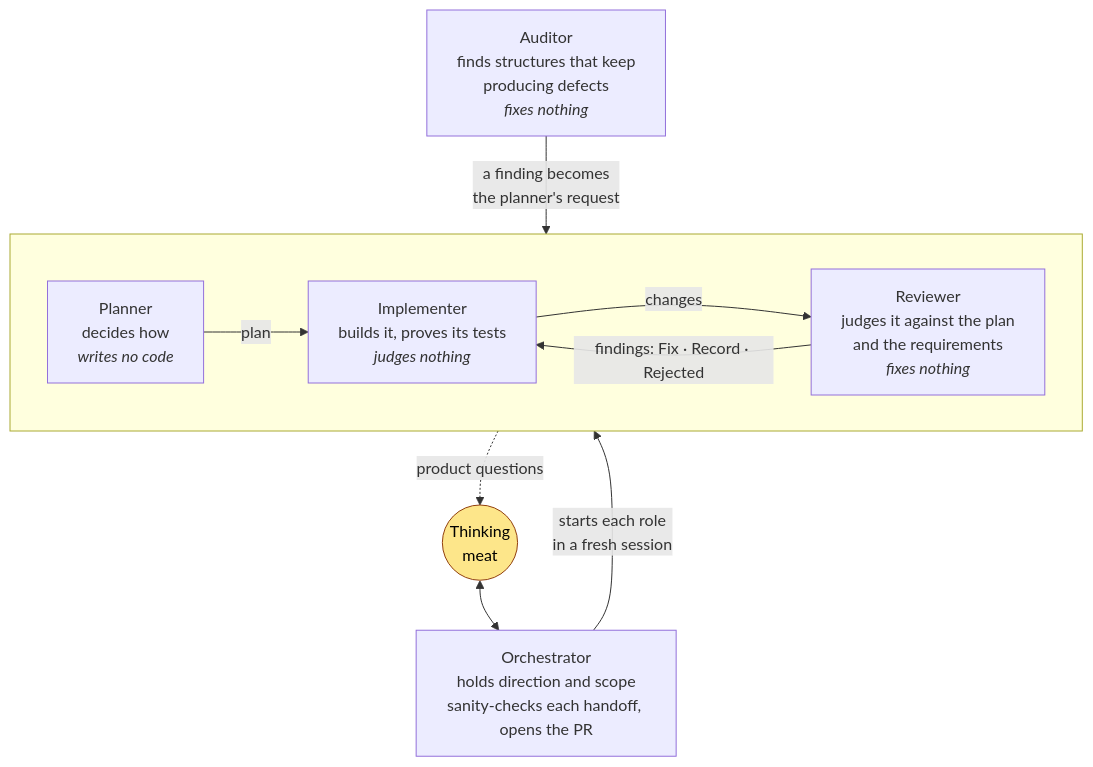
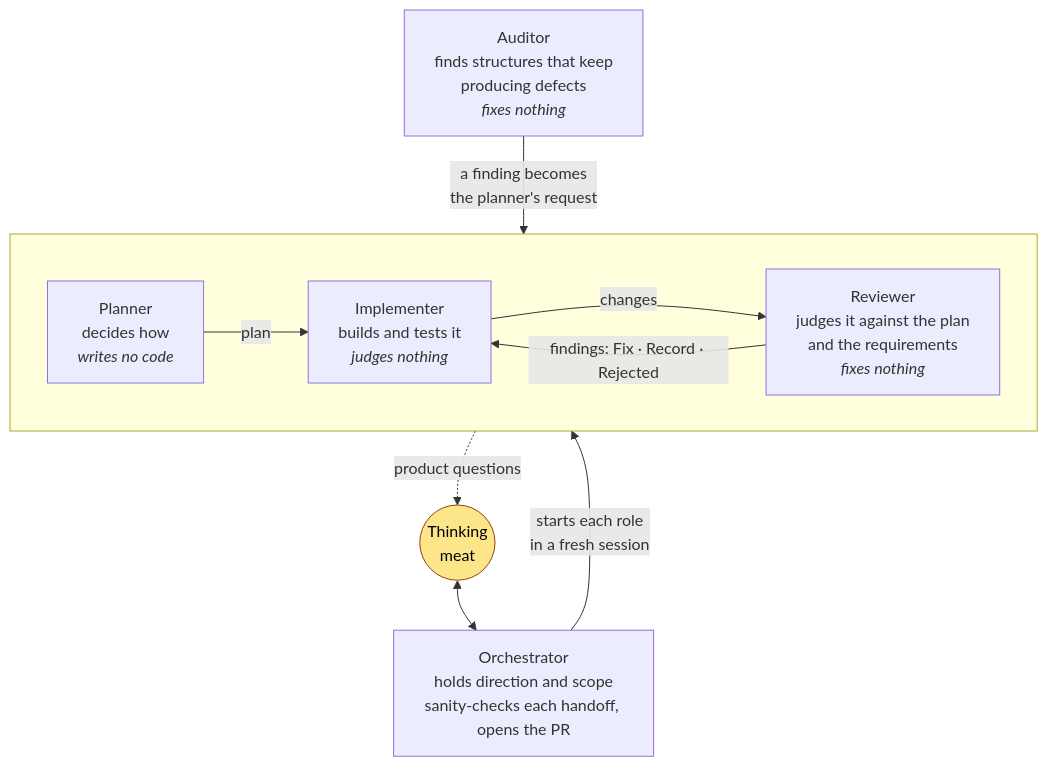
The second of 5 diagrams in .claude/skills/README.md (kkestell/ox), drawn with Mermaid before and after one commit. The commit also changed 3 other files, not shown here.

````diff
--- a/.claude/skills/README.md
+++ b/.claude/skills/README.md
@@ -43,22 +43,22 @@
 ```mermaid
 flowchart TB
     You(("Thinking<br/>meat")) <--> Orch["Orchestrator<br/>holds direction and scope<br/>sanity-checks each handoff, opens the PR"]
 
     subgraph roles [" "]
         direction LR
         Plan["Planner<br/>decides how<br/><i>writes no code</i>"]
-        Work["Implementer<br/>builds it, proves its tests<br/><i>judges nothing</i>"]
+        Work["Implementer<br/>builds and tests it<br/><i>judges nothing</i>"]
         Review["Reviewer<br/>judges it against the plan<br/>and the requirements<br/><i>fixes nothing</i>"]
         Plan -- plan --> Work
         Work -- changes --> Review
         Review -- "findings: Fix · Record · Rejected" --> Work
     end
 
     Orch -- "starts each role<br/>in a fresh session" --> roles
     Plan -. product questions .-> You
 
     Audit["Auditor<br/>finds structures that keep<br/>producing defects<br/><i>fixes nothing</i>"] -- "a finding becomes<br/>the planner's request" --> Plan
 
     classDef you fill:#fde68a,stroke:#92400e,color:#000
     class You you
 ```
````
